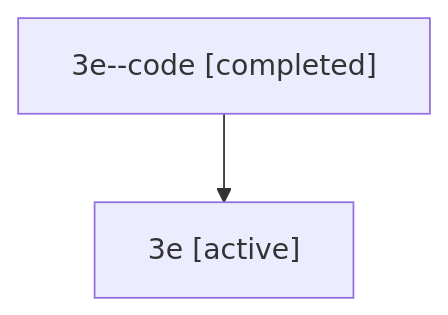
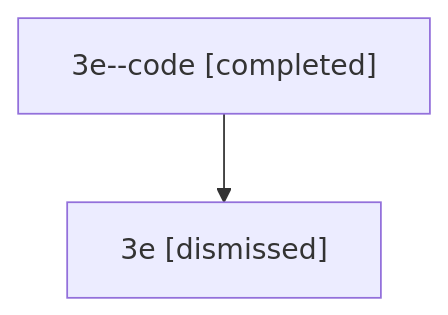
Before and after one commit to sase-org/sase--agents: the diagram in sessions/bbugyi200.athena.3e.md, drawn with Mermaid. The commit also changed other lines of this file and 28 other files, not shown here.

````diff
--- a/sessions/bbugyi200.athena.3e.md
+++ b/sessions/bbugyi200.athena.3e.md
@@ -9,6 +9,6 @@
 ```mermaid
 flowchart TD
   n0["3e--code [completed]"]
-  n1["3e [active]"]
+  n1["3e [dismissed]"]
   n0 --> n1
 ```
````
